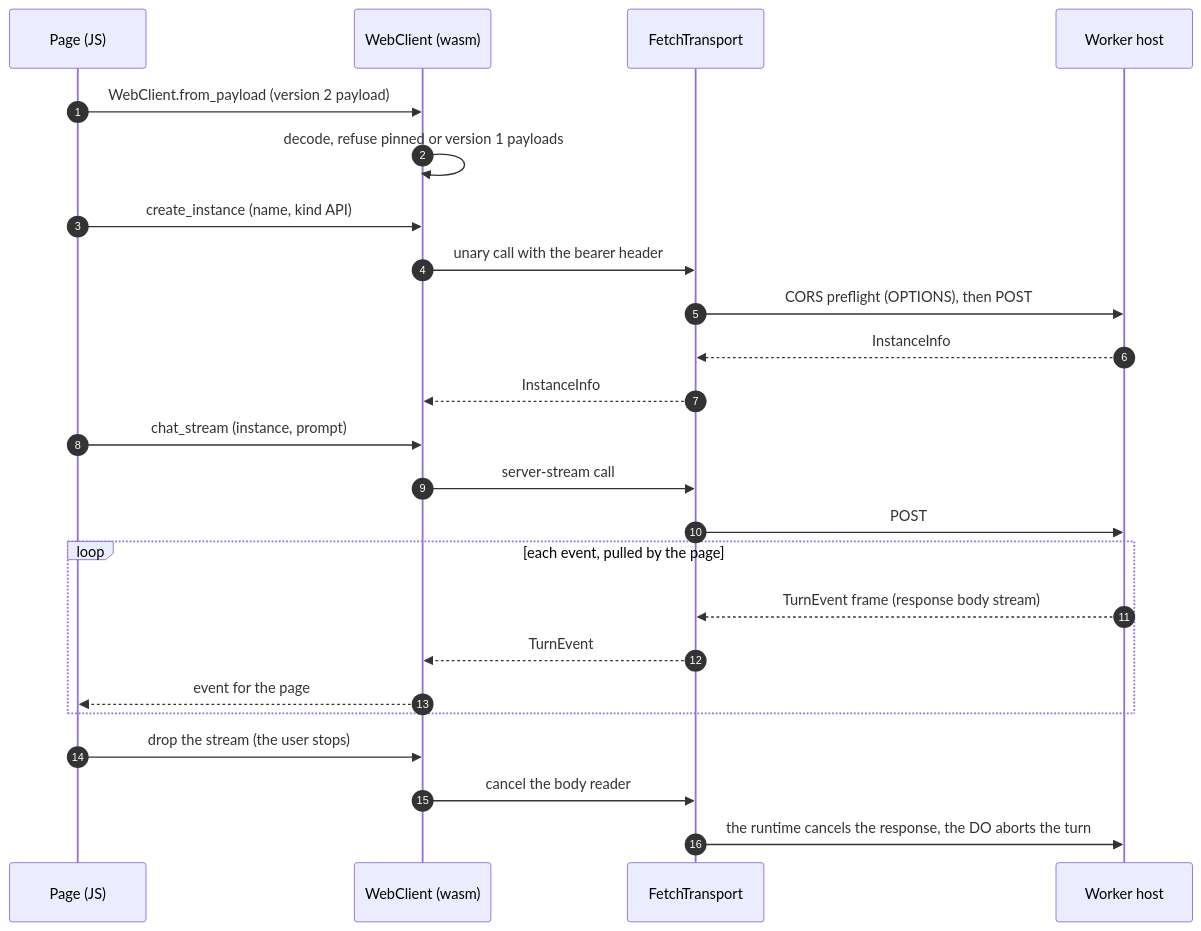
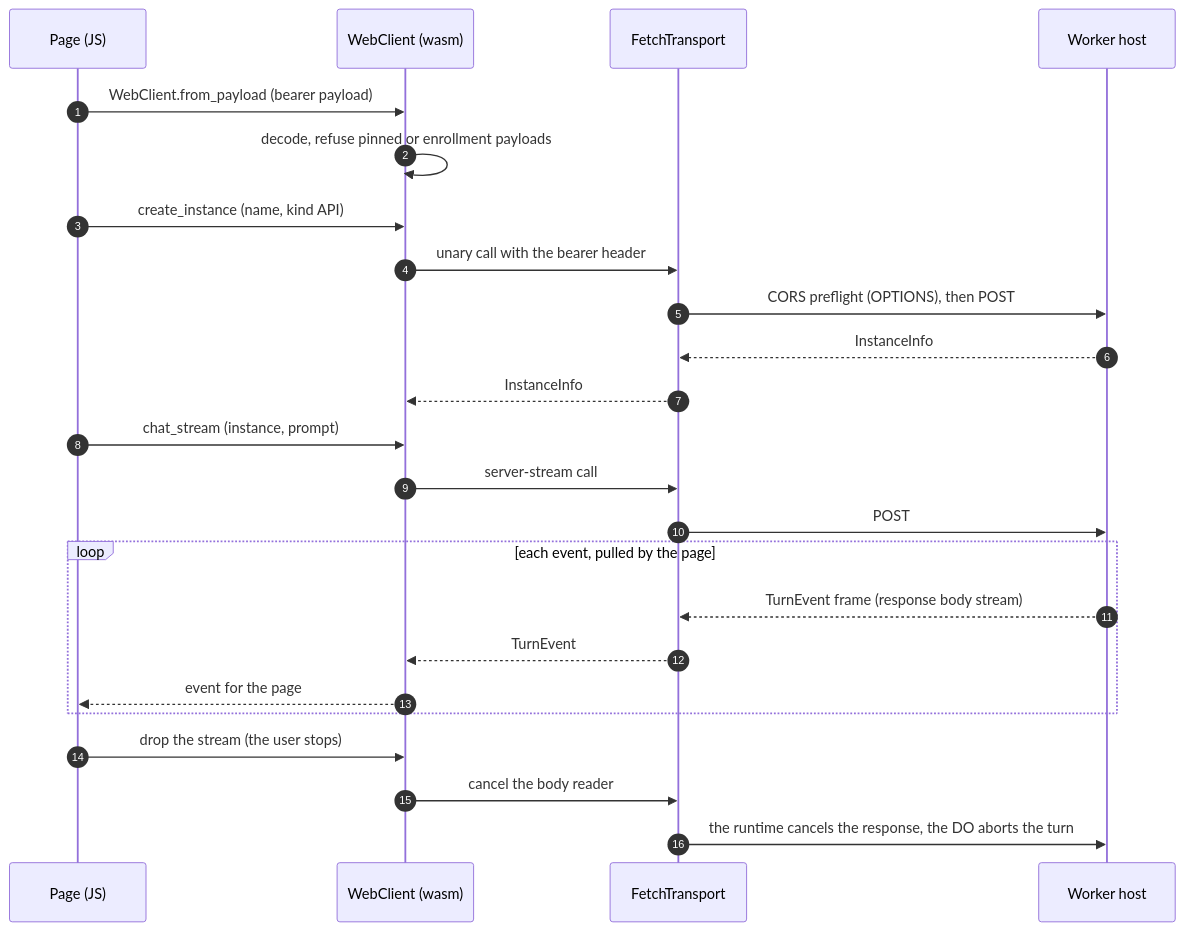
Before and after one commit to ewe-studios/ewe_platform: the fourth of 4 diagrams in specifications/65-agent-rpc-serving-system/features/07-pluggable-agent-rpc/hosts.md, drawn with Mermaid. The commit also changed other lines of this file and 3 other files, not shown here.

First line of the commit message:
spec(65/07): drop the bootstrap payload version; one url for every host

````diff
--- a/specifications/65-agent-rpc-serving-system/features/07-pluggable-agent-rpc/hosts.md
+++ b/specifications/65-agent-rpc-serving-system/features/07-pluggable-agent-rpc/hosts.md
@@ -1080,26 +1080,26 @@
 ```mermaid
 sequenceDiagram
     autonumber
     participant U as Page (JS)
     participant B as WebClient (wasm)
     participant F as FetchTransport
     participant W as Worker host
-    U->>B: WebClient.from_payload (version 2 payload)
-    B->>B: decode, refuse pinned or version 1 payloads
+    U->>B: WebClient.from_payload (bearer payload)
+    B->>B: decode, refuse pinned or enrollment payloads
     U->>B: create_instance (name, kind API)
     B->>F: unary call with the bearer header
     F->>W: CORS preflight (OPTIONS), then POST
     W-->>F: InstanceInfo
     F-->>B: InstanceInfo
     U->>B: chat_stream (instance, prompt)
     B->>F: server-stream call
     F->>W: POST
     loop each event, pulled by the page
         W-->>F: TurnEvent frame (response body stream)
         F-->>B: TurnEvent
         B-->>U: event for the page
     end
     U->>B: drop the stream (the user stops)
     B->>F: cancel the body reader
     F->>W: the runtime cancels the response, the DO aborts the turn
 ```
````
